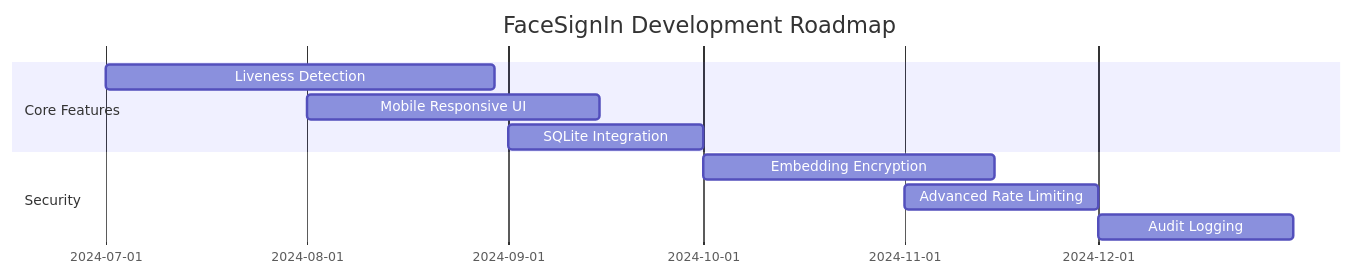
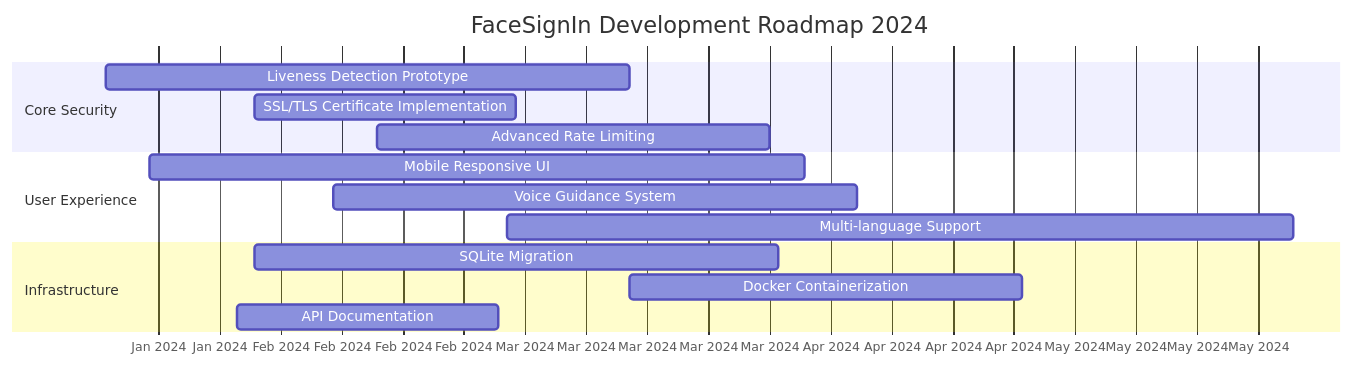
One commit to brainstationcyberhub-coder/facesignin changed the seventh of 8 diagrams in README.md. Above: the diagram before and after it, drawn with Mermaid. The commit also changed other lines of this file, not shown here.

````diff
--- a/README.md
+++ b/README.md
@@ -605,13 +1012,21 @@
 ```mermaid
 gantt
-    title FaceSignIn Development Roadmap
-    dateFormat  YYYY-MM
-    section Core Features
-    Liveness Detection     :2024-07, 60d
-    Mobile Responsive UI   :2024-08, 45d
-    SQLite Integration     :2024-09, 30d
-    section Security
-    Embedding Encryption   :2024-10, 45d
-    Advanced Rate Limiting :2024-11, 30d
-    Audit Logging          :2024-12, 30d
+    title FaceSignIn Development Roadmap 2024
+    dateFormat  YYYY-MM-DD
+    axisFormat %b %Y
+    
+    section Core Security
+    Liveness Detection Prototype :2024-01-15, 60d
+    SSL/TLS Certificate Implementation :2024-02-01, 30d
+    Advanced Rate Limiting :2024-02-15, 45d
+    
+    section User Experience
+    Mobile Responsive UI :2024-01-20, 75d
+    Voice Guidance System :2024-02-10, 60d
+    Multi-language Support :2024-03-01, 90d
+    
+    section Infrastructure
+    SQLite Migration :2024-02-01, 60d
+    Docker Containerization :2024-03-15, 45d
+    API Documentation :2024-01-30, 30d
 ```
````
